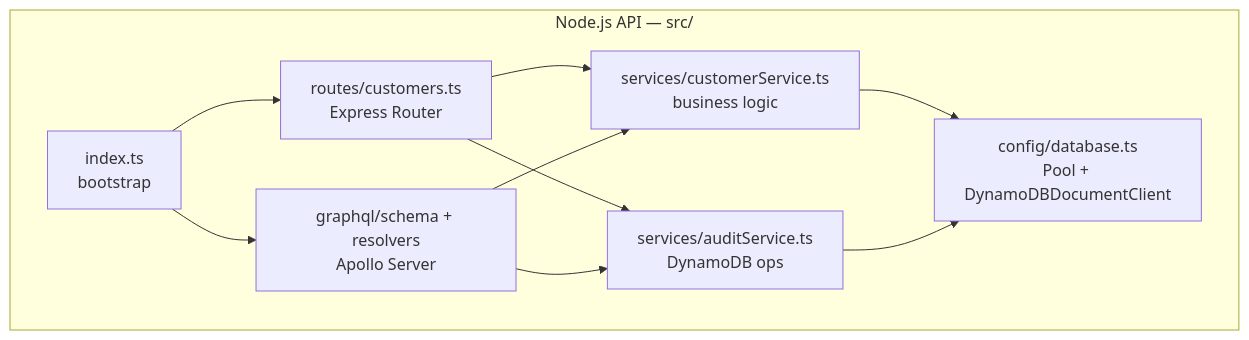
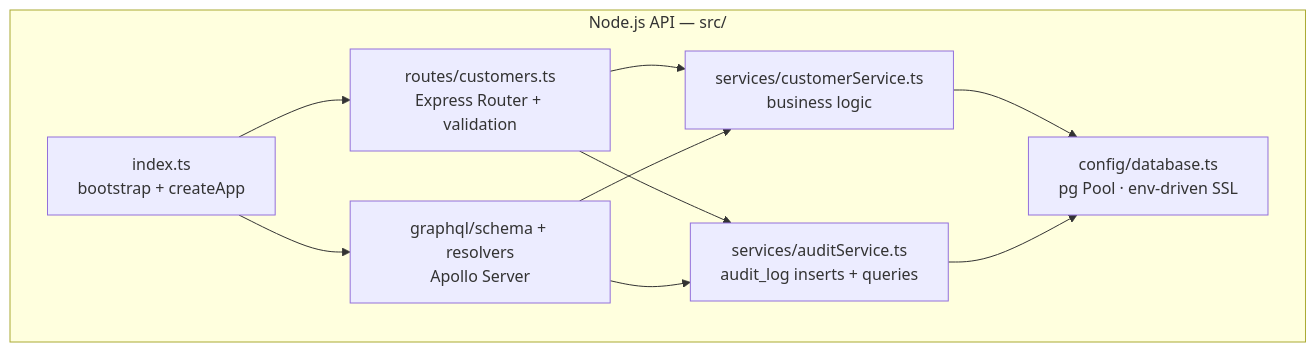
Before and after one commit to fredman08/fullstack-demo: the third of 4 diagrams in docs/architecture.md, drawn with Mermaid. The commit also changed other lines of this file and 40 other files, not shown here.

````diff
--- a/docs/architecture.md
+++ b/docs/architecture.md
@@ -37,20 +35,20 @@
 ```mermaid
 graph TB
     subgraph Backend [Node.js API — src/]
-        IDX[index.ts\nbootstrap]
-        ER[routes/customers.ts\nExpress Router]
-        GQL[graphql/schema + resolvers\nApollo Server]
-        CS[services/customerService.ts\nbusiness logic]
-        AS[services/auditService.ts\nDynamoDB ops]
-        DB[config/database.ts\nPool + DynamoDBDocumentClient]
+        IDX[index.ts<br/>bootstrap + createApp]
+        ER[routes/customers.ts<br/>Express Router + validation]
+        GQL[graphql/schema + resolvers<br/>Apollo Server]
+        CS[services/customerService.ts<br/>business logic]
+        AS[services/auditService.ts<br/>audit_log inserts + queries]
+        DB[config/database.ts<br/>pg Pool · env-driven SSL]
     end
 
     IDX --> ER
     IDX --> GQL
     ER --> CS
     ER --> AS
     GQL --> CS
     GQL --> AS
     CS --> DB
     AS --> DB
 ```
````
